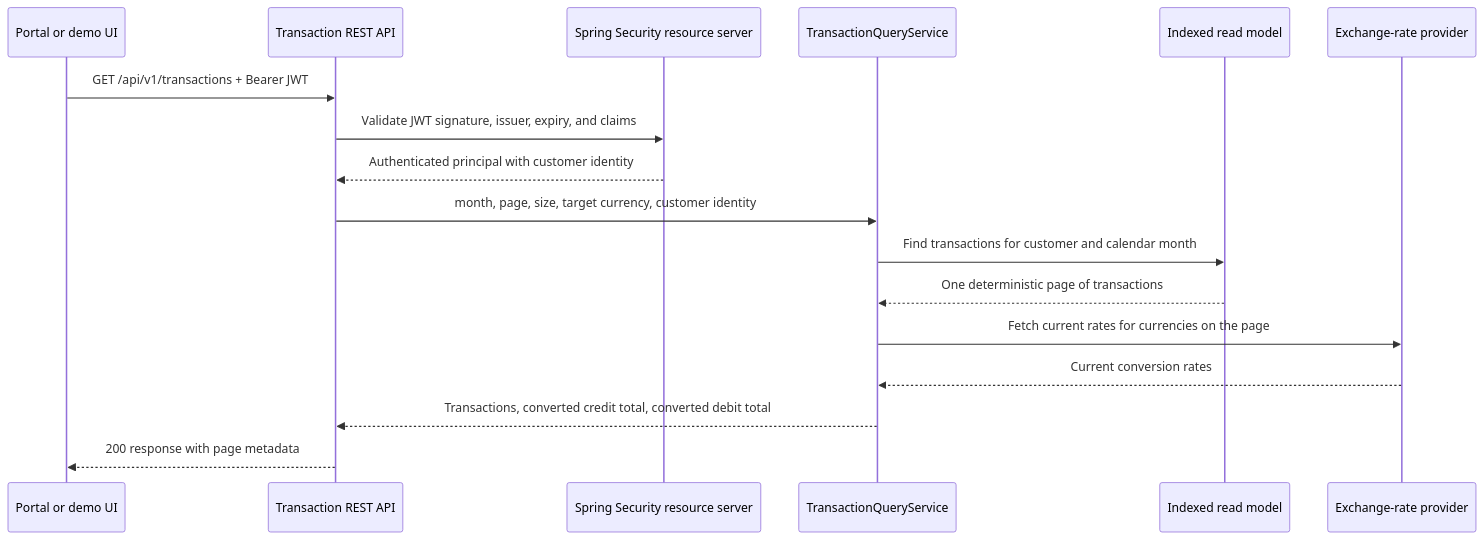
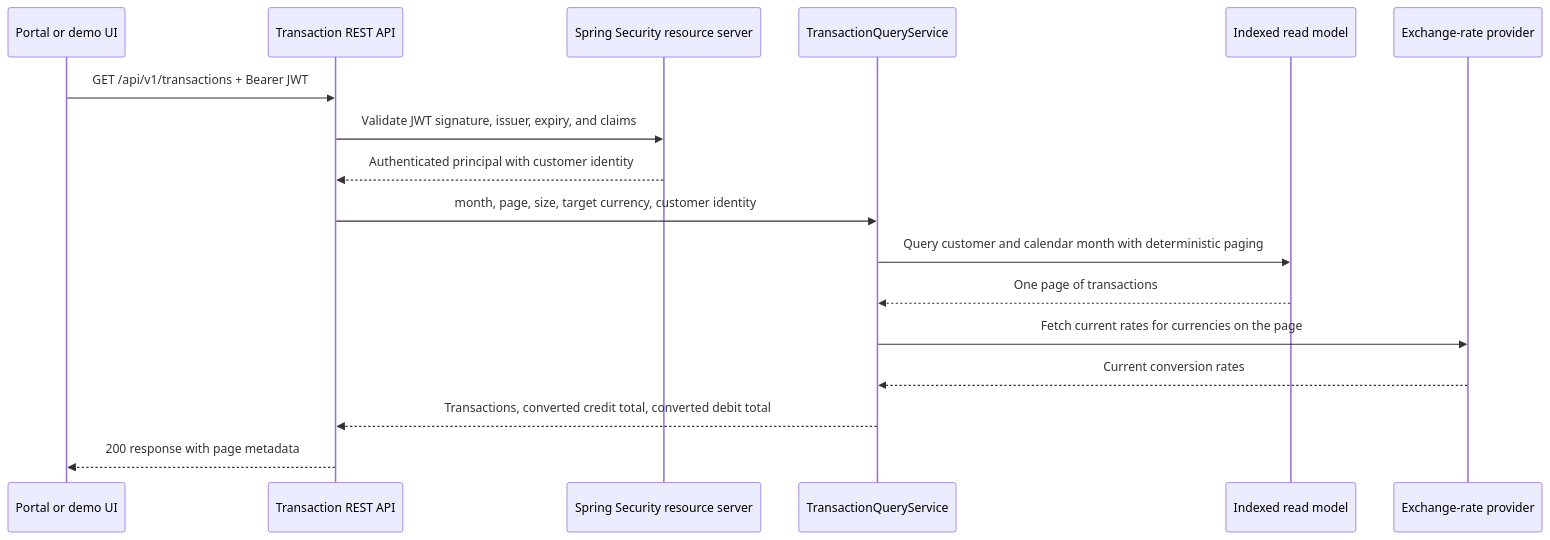
One commit to WilsonLiu2002/E-Bank_Portal changed the first of 2 diagrams in README.md. Above: the diagram before and after it, drawn with Mermaid. The commit also changed other lines of this file, not shown here.

````diff
--- a/README.md
+++ b/README.md
@@ -30,20 +82,20 @@
 ```mermaid
 sequenceDiagram
     participant Portal as Portal or demo UI
     participant API as Transaction REST API
     participant Security as Spring Security resource server
     participant Query as TransactionQueryService
     participant DB as Indexed read model
     participant Rates as Exchange-rate provider
 
     Portal->>API: GET /api/v1/transactions + Bearer JWT
     API->>Security: Validate JWT signature, issuer, expiry, and claims
     Security-->>API: Authenticated principal with customer identity
     API->>Query: month, page, size, target currency, customer identity
-    Query->>DB: Find transactions for customer and calendar month
-    DB-->>Query: One deterministic page of transactions
+    Query->>DB: Query customer and calendar month with deterministic paging
+    DB-->>Query: One page of transactions
     Query->>Rates: Fetch current rates for currencies on the page
     Rates-->>Query: Current conversion rates
     Query-->>API: Transactions, converted credit total, converted debit total
     API-->>Portal: 200 response with page metadata
 ```
````
